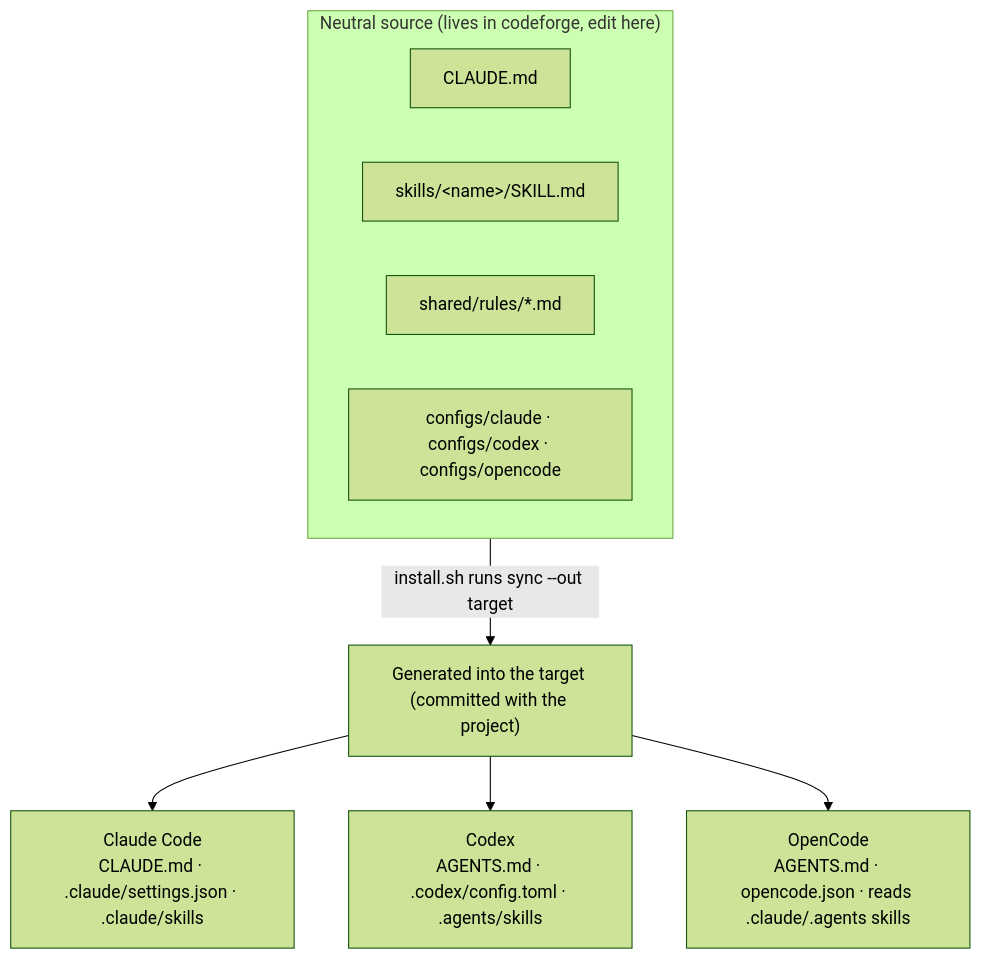
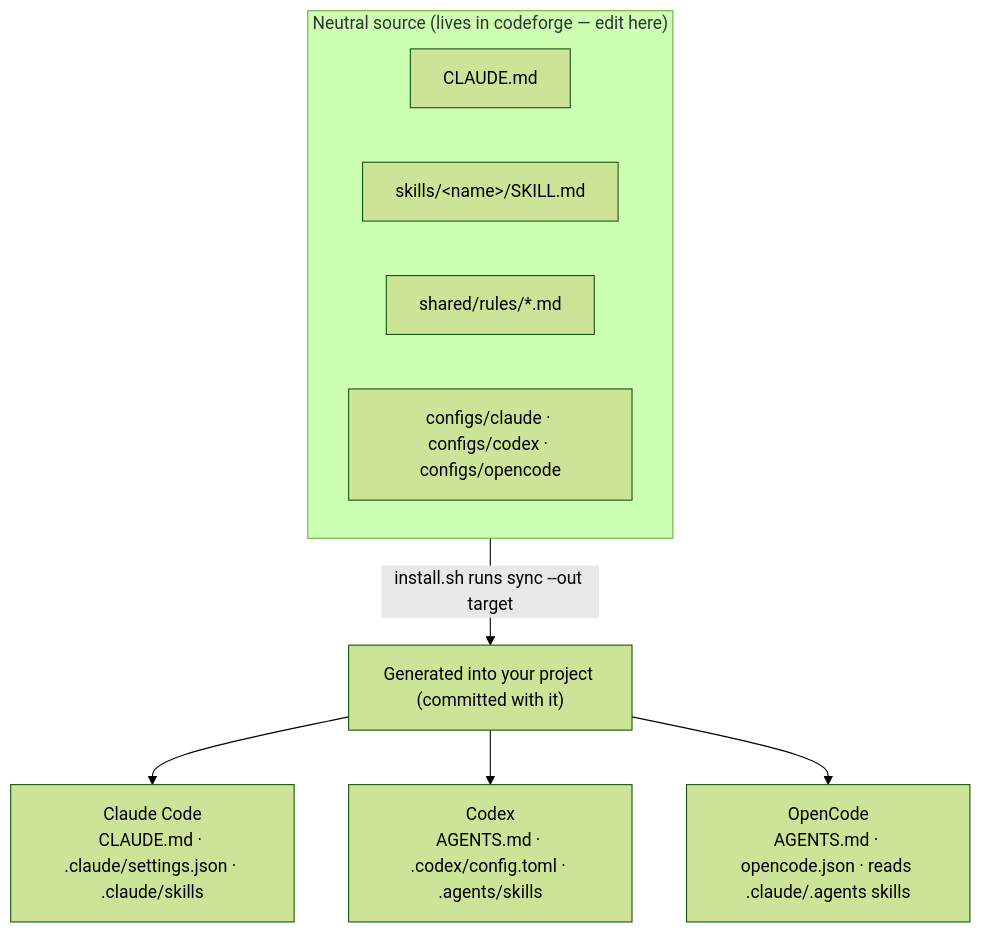
One commit to Juan-Motta/forge-ai changed the second of 2 diagrams in README.md. Above: the diagram before and after it, drawn with Mermaid (forest theme). The commit also changed other lines of this file and 3 other files, not shown here.

````diff
--- a/README.md
+++ b/README.md
@@ -45,13 +119,13 @@
 ```mermaid
 flowchart TD
-    subgraph SRC["Neutral source (lives in codeforge, edit here)"]
+    subgraph SRC["Neutral source (lives in codeforge — edit here)"]
         INS["CLAUDE.md"]
         SK["skills/&lt;name&gt;/SKILL.md"]
         RU["shared/rules/*.md"]
         CF["configs/claude · configs/codex · configs/opencode"]
     end
-    SRC -->|install.sh runs sync --out target| GEN["Generated into the target (committed with the project)"]
+    SRC -->|install.sh runs sync --out target| GEN["Generated into your project (committed with it)"]
     GEN --> CLAUDE["Claude Code<br/>CLAUDE.md · .claude/settings.json · .claude/skills"]
     GEN --> CODEX["Codex<br/>AGENTS.md · .codex/config.toml · .agents/skills"]
     GEN --> OPEN["OpenCode<br/>AGENTS.md · opencode.json · reads .claude/.agents skills"]
 ```
````
